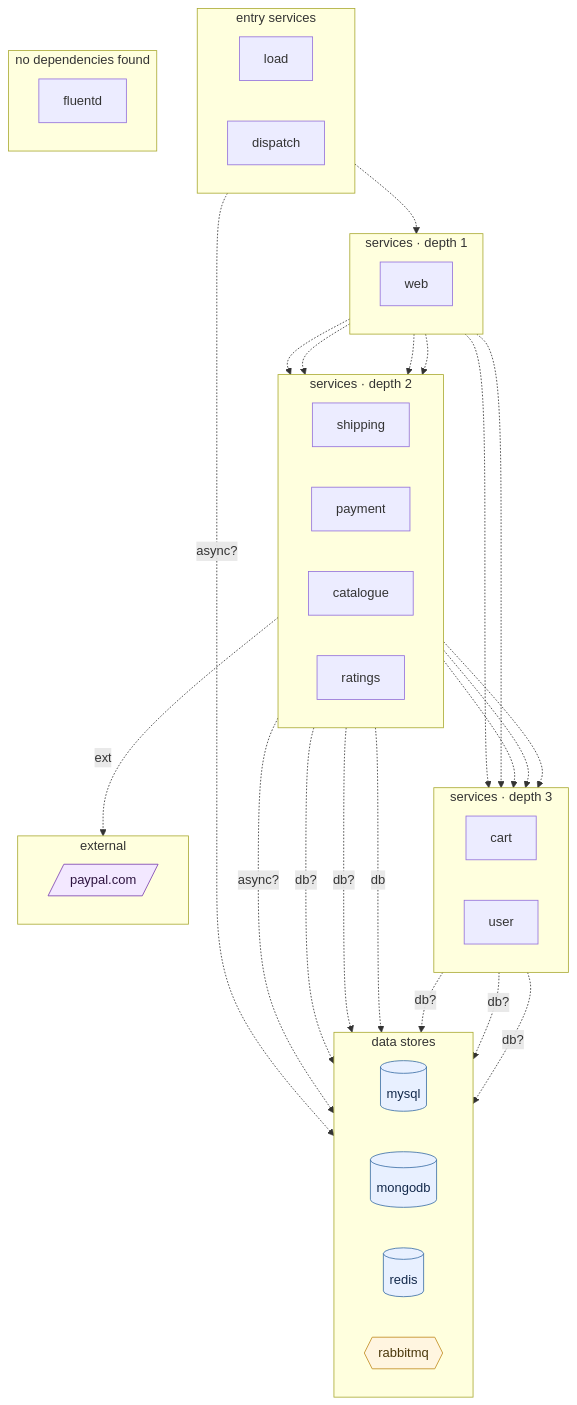
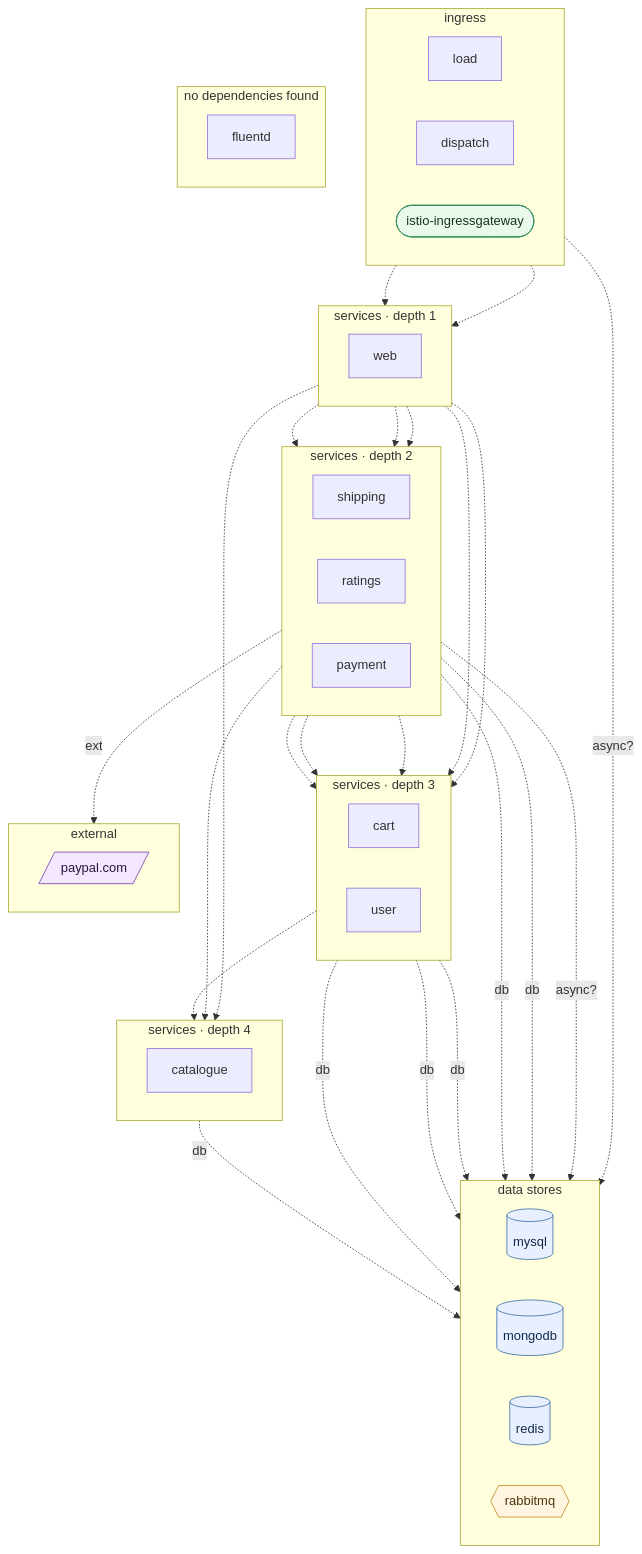
One commit to ANYuu531/ChatOps4Msa-Pipeline changed the diagram in docs/generalization/robot-shop.mmd. Above: the diagram before and after it, drawn with Mermaid. The commit also changed 92 other files, not shown here.

```diff
--- a/docs/generalization/robot-shop.mmd
+++ b/docs/generalization/robot-shop.mmd
@@ -1,62 +1,70 @@
 flowchart TB
 %% DepWeaver — microservice dependency graph
 %% solid arrow = observed at runtime (Istio) · dashed = declared in code/doc only
 %% node shape: [service] ([gateway]) [(db)] {{queue}} [/external/]
-  subgraph layer0 ["entry services"]
+  subgraph layer0 ["ingress"]
     direction LR
     load["load"]
     dispatch["dispatch"]
+    istio_ingressgateway(["istio-ingressgateway"]):::gateway
   end
   subgraph layer1 ["services · depth 1"]
     direction LR
     web["web"]
   end
   subgraph layer2 ["services · depth 2"]
     direction LR
     shipping["shipping"]
+    ratings["ratings"]
     payment["payment"]
-    catalogue["catalogue"]
-    ratings["ratings"]
   end
   subgraph layer3 ["services · depth 3"]
     direction LR
     cart["cart"]
     user["user"]
   end
-  subgraph layer4 ["data stores"]
+  subgraph layer4 ["services · depth 4"]
+    direction LR
+    catalogue["catalogue"]
+  end
+  subgraph layer5 ["data stores"]
     direction LR
     mysql[("mysql")]:::db
     mongodb[("mongodb")]:::db
     redis[("redis")]:::db
     rabbitmq{{"rabbitmq"}}:::queue
   end
-  subgraph layer5 ["external"]
+  subgraph layer6 ["external"]
     direction LR
     paypal_com[/"paypal.com"/]:::external
   end
-  subgraph layer6 ["no dependencies found"]
+  subgraph layer7 ["no dependencies found"]
     direction LR
     fluentd["fluentd"]
   end
   shipping -.-> cart
   shipping -. db .-> mysql
+  ratings -.-> catalogue
+  user -. db .-> mongodb
+  cart -.-> catalogue
+  catalogue -. db .-> mongodb
   payment -. ext .-> paypal_com
   payment -.-> cart
   payment -.-> user
   load -.-> web
-  catalogue -. db? .-> mongodb
-  user -. db? .-> mongodb
-  user -. db? .-> redis
-  cart -. db? .-> redis
-  ratings -. db? .-> mysql
+  user -. db .-> redis
+  cart -. db .-> redis
+  ratings -. db .-> mysql
   payment -. async? .-> rabbitmq
   dispatch -. async? .-> rabbitmq
   web -.-> catalogue
   web -.-> user
   web -.-> shipping
   web -.-> payment
   web -.-> cart
   web -.-> ratings
+  istio_ingressgateway -.-> web
 classDef db fill:#e8f0ff,stroke:#3a6ea5,color:#13294b;
 classDef queue fill:#fff5e0,stroke:#c08a1e,color:#4a370a;
+classDef gateway fill:#e9f9ec,stroke:#2e8b57,color:#14351f;
 classDef external fill:#f3e8ff,stroke:#7a3fb0,color:#2e1440;
```
